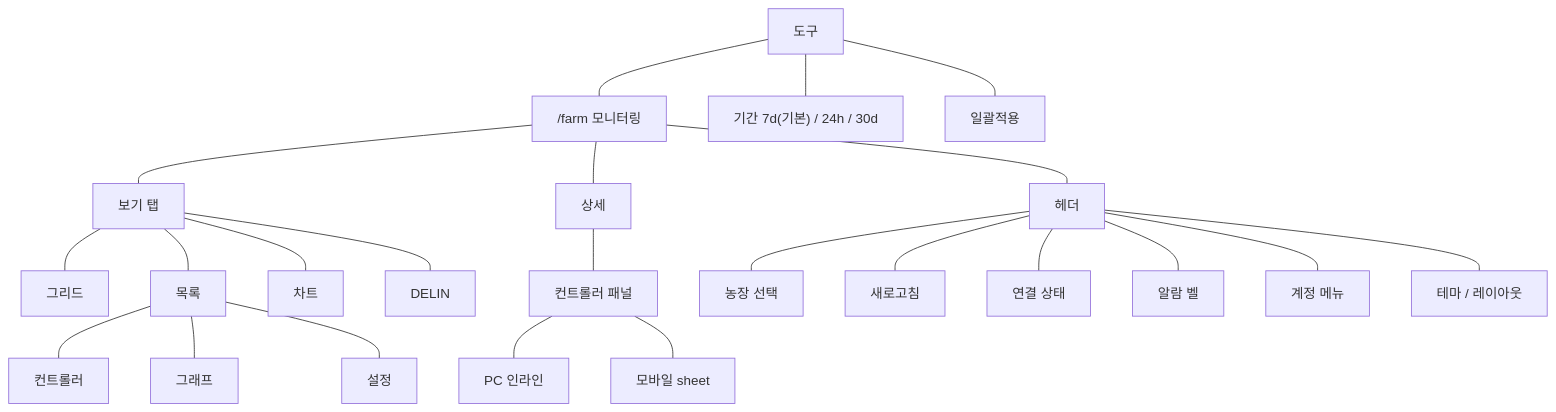
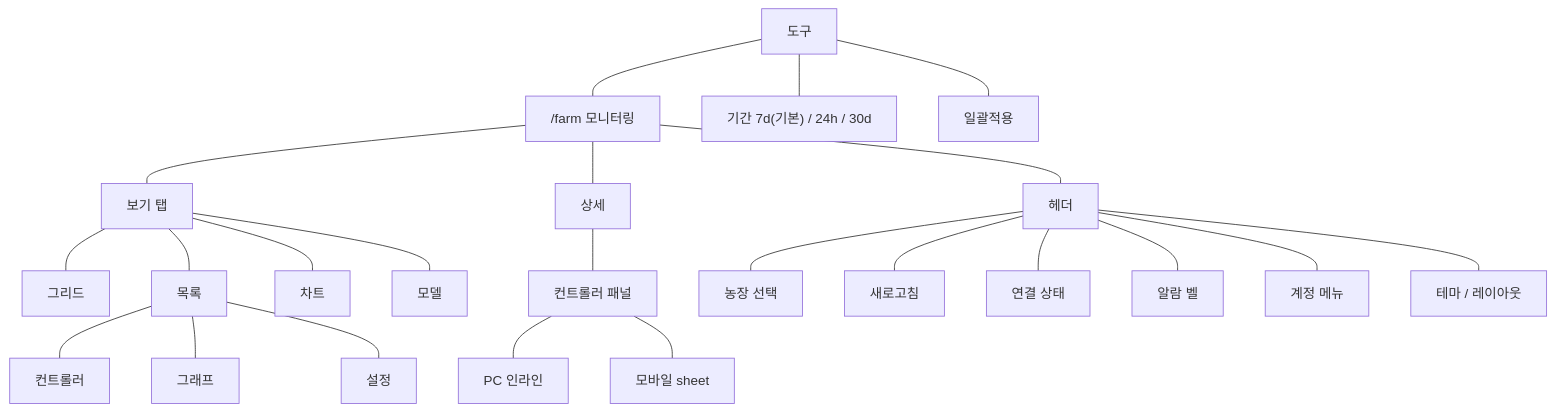
The second of 3 diagrams in web/docs/user-manual/10-메뉴구조도.md (SIJackLee/dashboard), drawn with Mermaid before and after one commit. The commit also changed other lines of this file and 71 other files, not shown here.

First line of the commit message:
feat(web): speed up unified trend and ship barn model plus DELIN env

````diff
--- a/web/docs/user-manual/10-메뉴구조도.md
+++ b/web/docs/user-manual/10-메뉴구조도.md
@@ -73,35 +73,35 @@
 ```mermaid
 flowchart TB
   %% 정사각: 상(상세) — 중(도구·farm·보기) — 하(헤더)
   detail["상세"]
 
   tools["도구"] --- farm["/farm 모니터링"] --- view["보기 탭"]
 
   header["헤더"]
 
   farm --- detail
   farm --- header
 
   %% 각 꼭짓점의 하위 (구조 동일)
   tools --- period["기간 7d(기본) / 24h / 30d"]
   tools --- bulk["일괄적용"]
 
   view --- grid["그리드"]
   view --- list["목록"]
   view --- chart["차트"]
-  view --- aria["DELIN"]
+  view --- model["모델"]
   list --- modeCtrl["컨트롤러"]
   list --- modeGraph["그래프"]
   list --- modeSet["설정"]
 
   detail --- panel["컨트롤러 패널"]
   panel --- pcInline["PC 인라인"]
   panel --- mobileSheet["모바일 sheet"]
 
   header --- farmSelect["농장 선택"]
   header --- refresh["새로고침"]
   header --- connect["연결 상태"]
   header --- alarms["알람 벨"]
   header --- account["계정 메뉴"]
   header --- theme["테마 / 레이아웃"]
 ```
````
